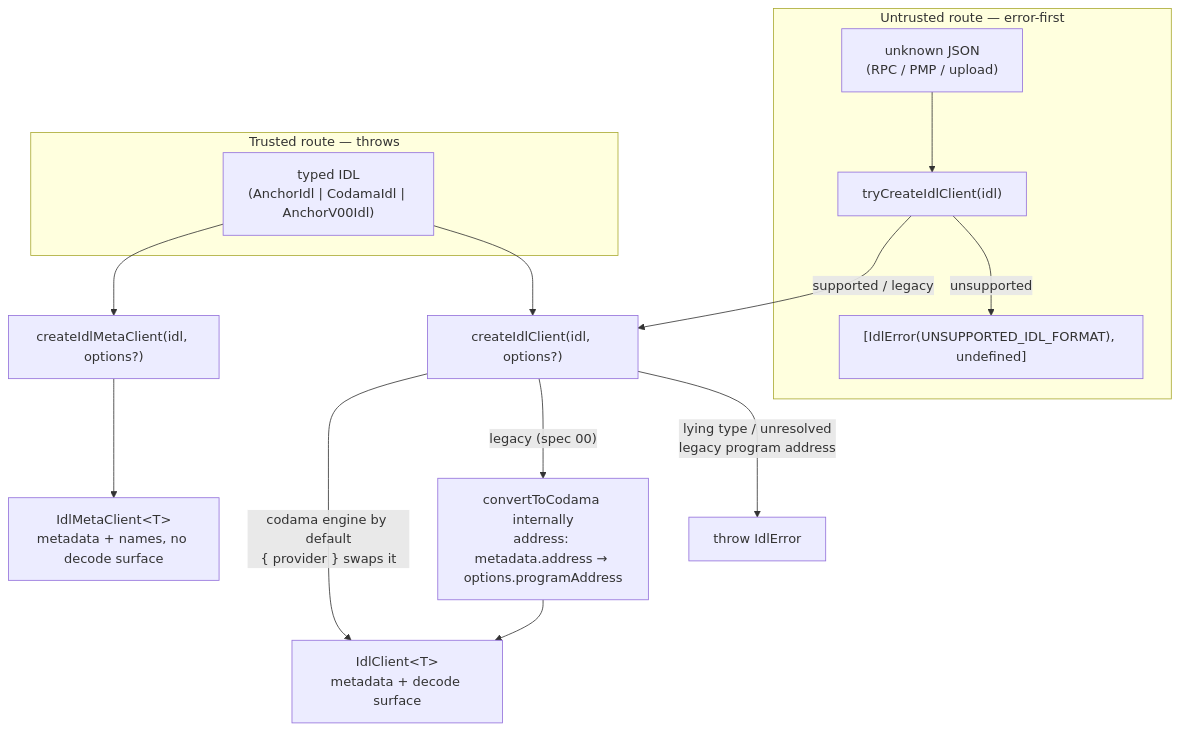
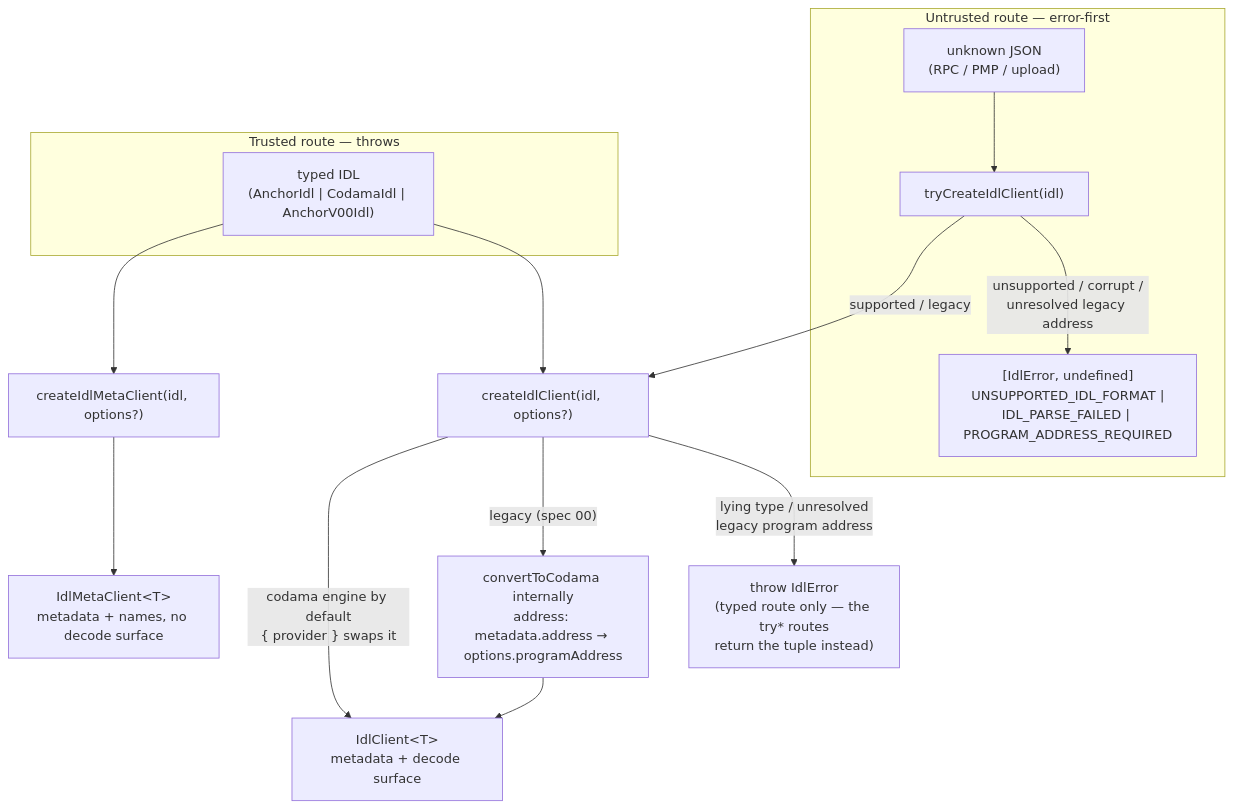
One commit to hoodieshq/explorer changed the first of 2 diagrams in packages/idl/DESIGN.md. Above: the diagram before and after it, drawn with Mermaid. The commit also changed other lines of this file and 21 other files, not shown here.

````diff
--- a/packages/idl/DESIGN.md
+++ b/packages/idl/DESIGN.md
@@ -13,18 +13,18 @@
 ```mermaid
 flowchart TD
     subgraph UNTRUSTED["Untrusted route — error-first"]
         RAW["unknown JSON<br/>(RPC / PMP / upload)"] --> TRY["tryCreateIdlClient(idl)"]
-        TRY -->|"unsupported"| ERR["[IdlError(UNSUPPORTED_IDL_FORMAT), undefined]"]
+        TRY -->|"unsupported / corrupt /<br/>unresolved legacy address"| ERR["[IdlError, undefined]<br/>UNSUPPORTED_IDL_FORMAT |<br/>IDL_PARSE_FAILED | PROGRAM_ADDRESS_REQUIRED"]
     end
     subgraph TRUSTED["Trusted route — throws"]
         TYPED["typed IDL<br/>(AnchorIdl | CodamaIdl | AnchorV00Idl)"]
     end
     TRY -->|"supported / legacy"| CREATE["createIdlClient(idl, options?)"]
     TYPED --> CREATE
-    CREATE -->|"lying type / unresolved<br/>legacy program address"| THROW["throw IdlError"]
+    CREATE -->|"lying type / unresolved<br/>legacy program address"| THROW["throw IdlError<br/>(typed route only — the try* routes<br/>return the tuple instead)"]
     CREATE -->|"legacy (spec 00)"| CONVERT["convertToCodama internally<br/>address: metadata.address → options.programAddress"]
     CONVERT --> CLIENT
     CREATE -->|"codama engine by default<br/>{ provider } swaps it"| CLIENT["IdlClient&lt;T&gt;<br/>metadata + decode surface"]
     TYPED --> METACREATE["createIdlMetaClient(idl, options?)"]
     METACREATE --> META["IdlMetaClient&lt;T&gt;<br/>metadata + names, no decode surface"]
 ```
````
